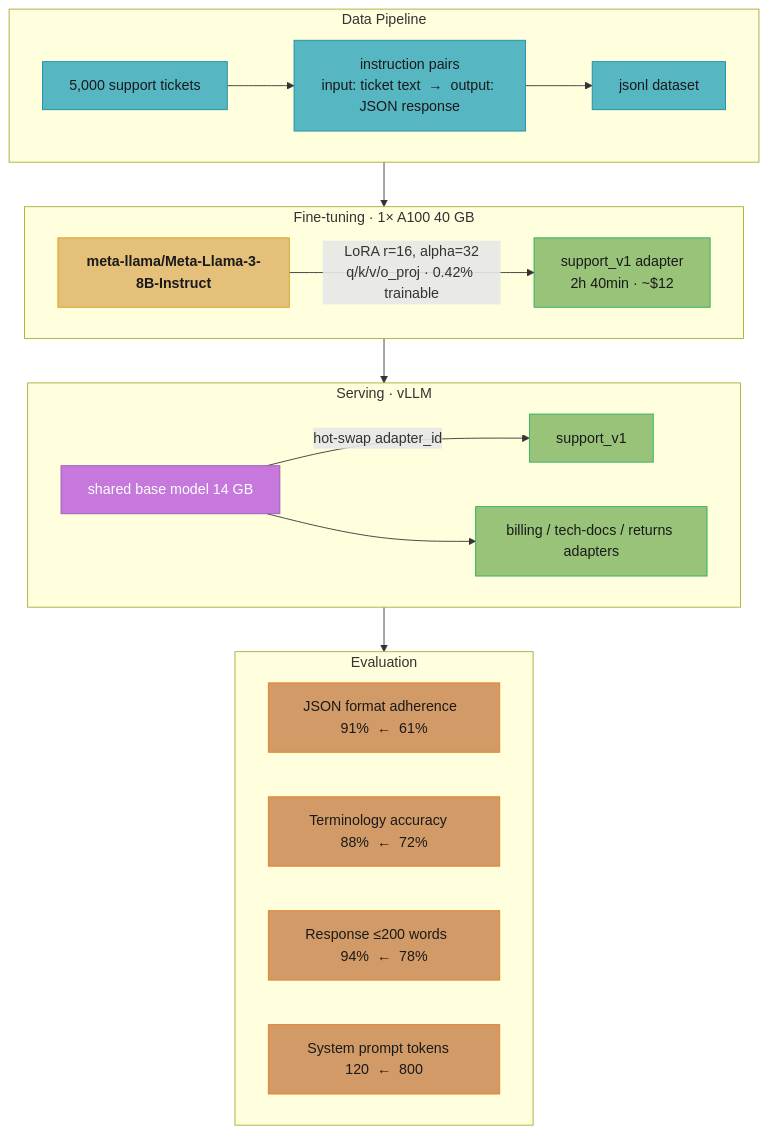
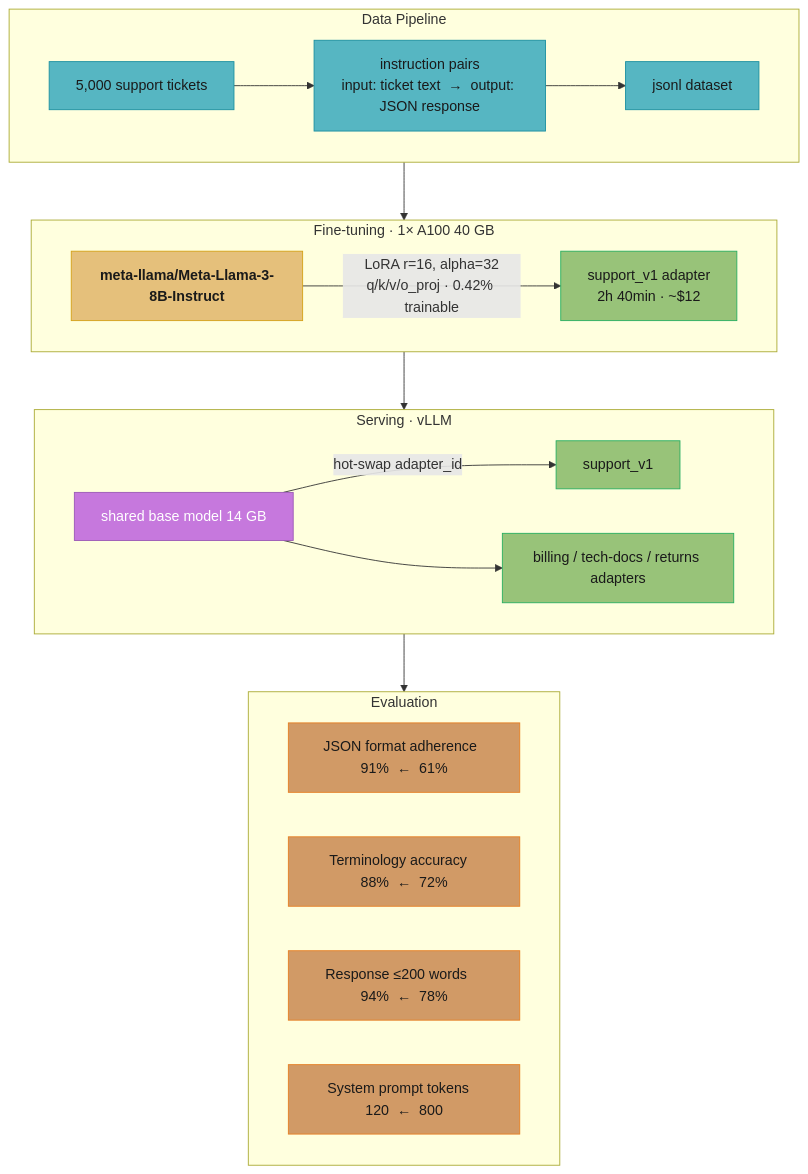
Before and after one commit to rppol/system-design: the fourth of 4 diagrams in src/main/java/com/rutik/systemdesign/llm/fine_tuning/lora.md, drawn with Mermaid. The commit also changed other lines of this file and 1 other file, not shown here.

First line of the commit message:
fix: Mermaid smooth curves on GitHub, thicker arrows, Q&A on separate lines

````diff
--- a/src/main/java/com/rutik/systemdesign/llm/fine_tuning/lora.md
+++ b/src/main/java/com/rutik/systemdesign/llm/fine_tuning/lora.md
@@ -516,35 +519,36 @@
 ```mermaid
+%%{init: {'flowchart': {'curve': 'basis', 'nodeSpacing': 50, 'rankSpacing': 65}}}%%
 flowchart TD
     classDef dataC   fill:#56b6c2,stroke:#1a8fa0,color:#1a1a1a
     classDef modelC  fill:#e5c07b,stroke:#d4a017,color:#1a1a1a,font-weight:bold
     classDef adapterC fill:#98c379,stroke:#27ae60,color:#1a1a1a
     classDef servingC fill:#c678dd,stroke:#9b59b6,color:#fff
     classDef metricC  fill:#d19a66,stroke:#e67e22,color:#1a1a1a
 
     subgraph dp["  Data Pipeline  "]
         t["5,000 support tickets"] --> ip["instruction pairs\ninput: ticket text  →  output: JSON response"]
         ip --> ds["jsonl dataset"]
     end
     subgraph ft["  Fine-tuning  ·  1× A100 40 GB  "]
         bm["meta-llama/Meta-Llama-3-8B-Instruct"] -->|"LoRA r=16, alpha=32\nq/k/v/o_proj · 0.42% trainable"| ad["support_v1 adapter\n2h 40min · ~$12"]
     end
     subgraph sv["  Serving  ·  vLLM  "]
         sh["shared base model  14 GB"] -->|"hot-swap adapter_id"| sa["support_v1"]
         sh --> oa["billing / tech-docs / returns adapters"]
     end
     subgraph ev["  Evaluation  "]
         e1["JSON format adherence  91%  ←  61%"]
         e2["Terminology accuracy   88%  ←  72%"]
         e3["Response ≤200 words    94%  ←  78%"]
         e4["System prompt tokens   120  ←  800"]
     end
     dp --> ft
     ft --> sv
     sv --> ev
 
     class t,ip,ds dataC
     class bm modelC
     class ad,sa,oa adapterC
     class sh servingC
     class e1,e2,e3,e4 metricC
 ```
````
